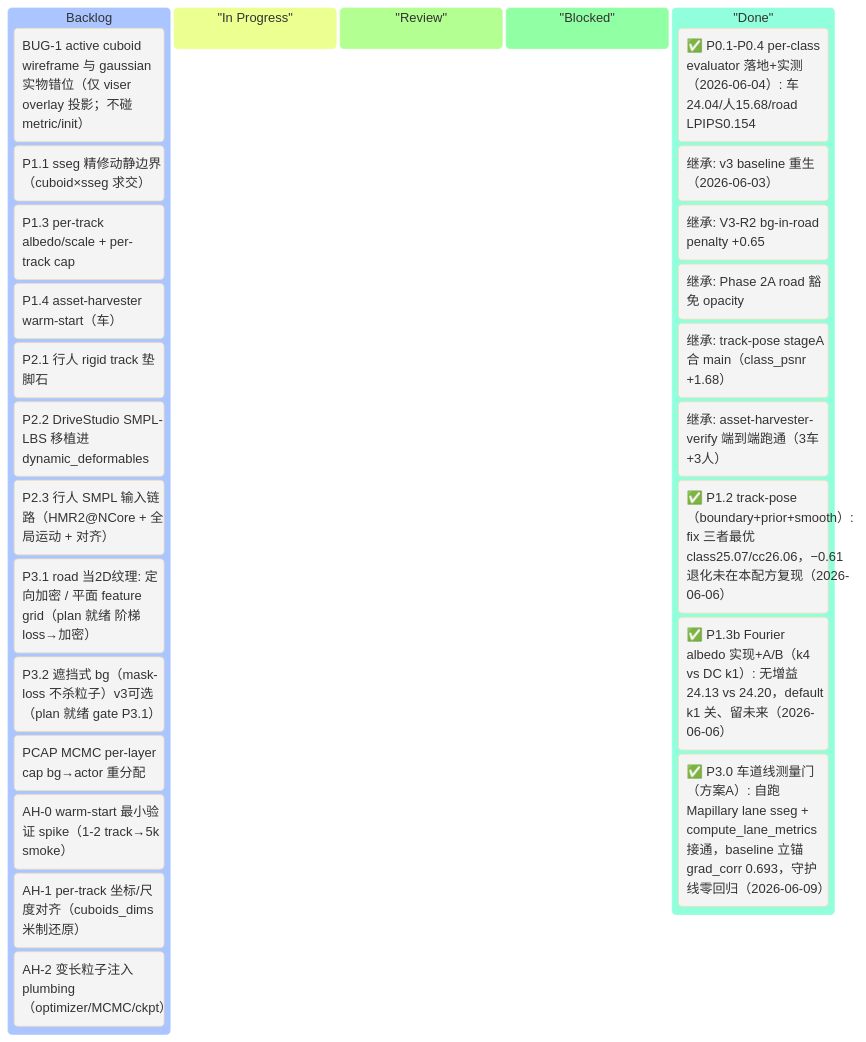
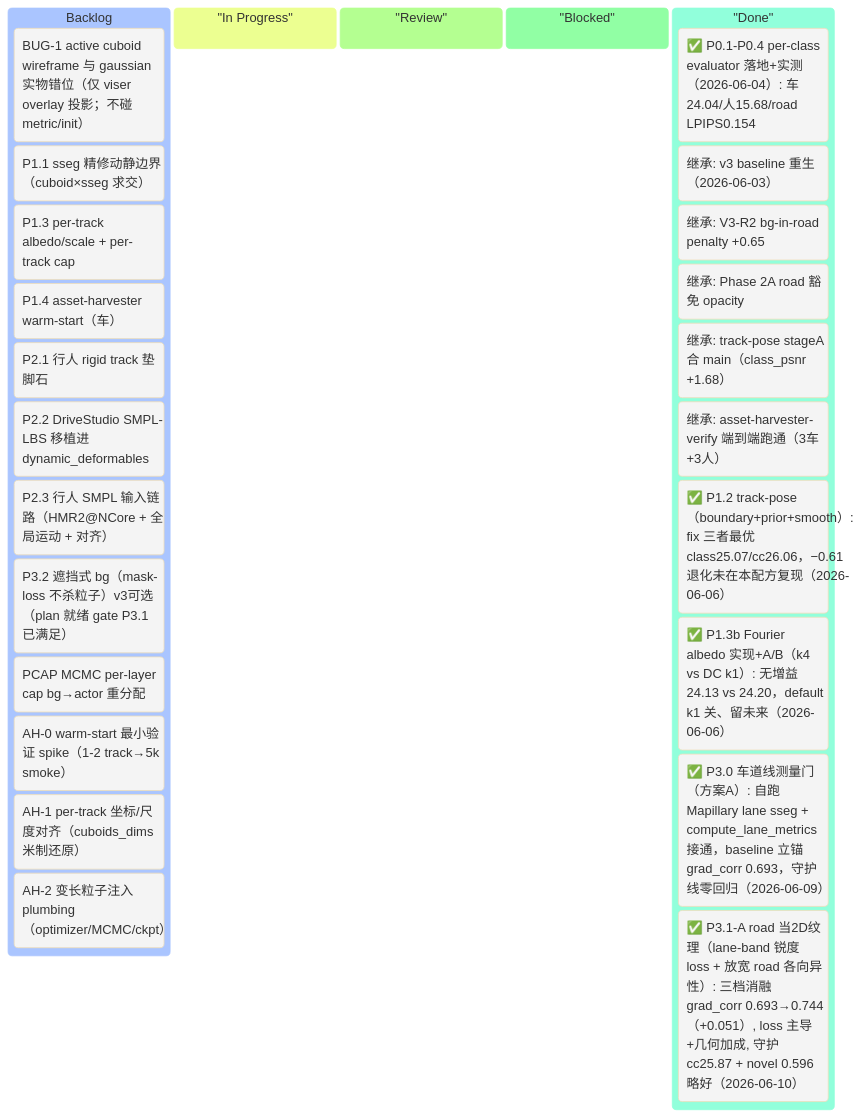
One commit to etendue/3dgrut changed the first of 2 diagrams in v3_plan_revised.md. Above: the diagram before and after it, drawn with Mermaid. The commit also changed other lines of this file and 1 other file, not shown here.

First line of the commit message:
docs(plan): P3.1-A done — three-way ablation grad_corr 0.693→0.744 (+0.051) in v3_plan_revised kanban/gap/Done Log

````diff
--- a/v3_plan_revised.md
+++ b/v3_plan_revised.md
@@ -67,35 +67,35 @@
 ```mermaid
 %%{init: {'theme':'base'}}%%
 kanban
     Backlog
         [BUG-1 active cuboid wireframe 与 gaussian 实物错位（仅 viser overlay 投影；不碰 metric/init）]
         [P1.1 sseg 精修动静边界（cuboid×sseg 求交）]
         [P1.3 per-track albedo/scale + per-track cap]
         [P1.4 asset-harvester warm-start（车）]
         [P2.1 行人 rigid track 垫脚石]
         [P2.2 DriveStudio SMPL-LBS 移植进 dynamic_deformables]
         [P2.3 行人 SMPL 输入链路（HMR2@NCore + 全局运动 + 对齐）]
-        [P3.1 road 当2D纹理: 定向加密 / 平面 feature grid（plan 就绪 阶梯 loss→加密）]
-        [P3.2 遮挡式 bg（mask-loss 不杀粒子）v3可选（plan 就绪 gate P3.1）]
+        [P3.2 遮挡式 bg（mask-loss 不杀粒子）v3可选（plan 就绪 gate P3.1 已满足）]
         [PCAP MCMC per-layer cap bg→actor 重分配]
         [AH-0 warm-start 最小验证 spike（1-2 track→5k smoke）]
         [AH-1 per-track 坐标/尺度对齐（cuboids_dims 米制还原）]
         [AH-2 变长粒子注入 plumbing（optimizer/MCMC/ckpt）]
 
     "In Progress"
 
     "Review"
 
     "Blocked"
 
     "Done"
         [✅ P0.1-P0.4 per-class evaluator 落地+实测（2026-06-04）: 车24.04/人15.68/road LPIPS0.154]
         [继承: v3 baseline 重生（2026-06-03）]
         [继承: V3-R2 bg-in-road penalty +0.65]
         [继承: Phase 2A road 豁免 opacity]
         [继承: track-pose stageA 合 main（class_psnr +1.68）]
         [继承: asset-harvester-verify 端到端跑通（3车+3人）]
         [✅ P1.2 track-pose（boundary+prior+smooth）: fix 三者最优 class25.07/cc26.06，−0.61 退化未在本配方复现（2026-06-06）]
         [✅ P1.3b Fourier albedo 实现+A/B（k4 vs DC k1）: 无增益 24.13 vs 24.20，default k1 关、留未来（2026-06-06）]
         [✅ P3.0 车道线测量门（方案A）: 自跑 Mapillary lane sseg + compute_lane_metrics 接通，baseline 立锚 grad_corr 0.693，守护线零回归（2026-06-09）]
+        [✅ P3.1-A road 当2D纹理（lane-band 锐度 loss + 放宽 road 各向异性）: 三档消融 grad_corr 0.693→0.744（+0.051）, loss 主导+几何加成, 守护 cc25.87 + novel 0.596 略好（2026-06-10）]
 ```
````
